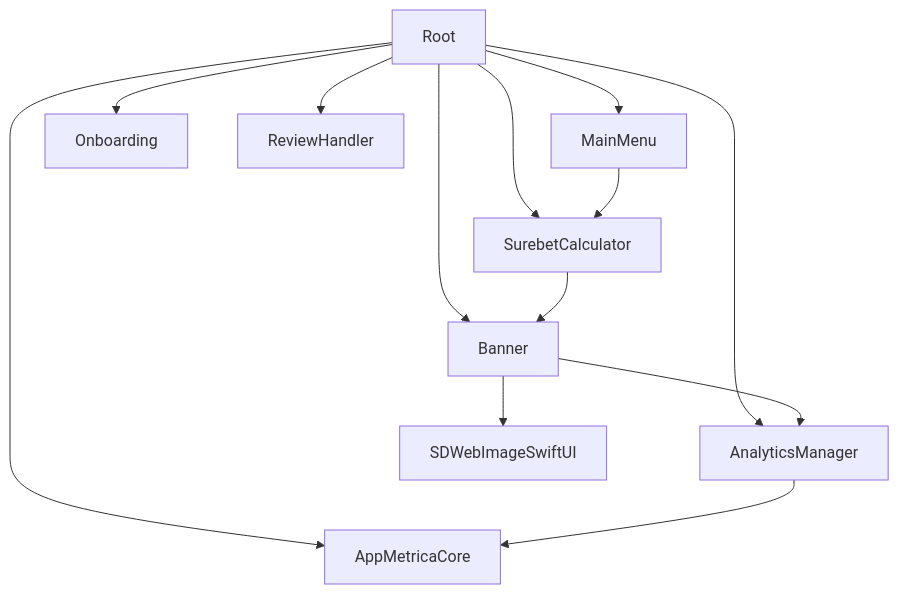
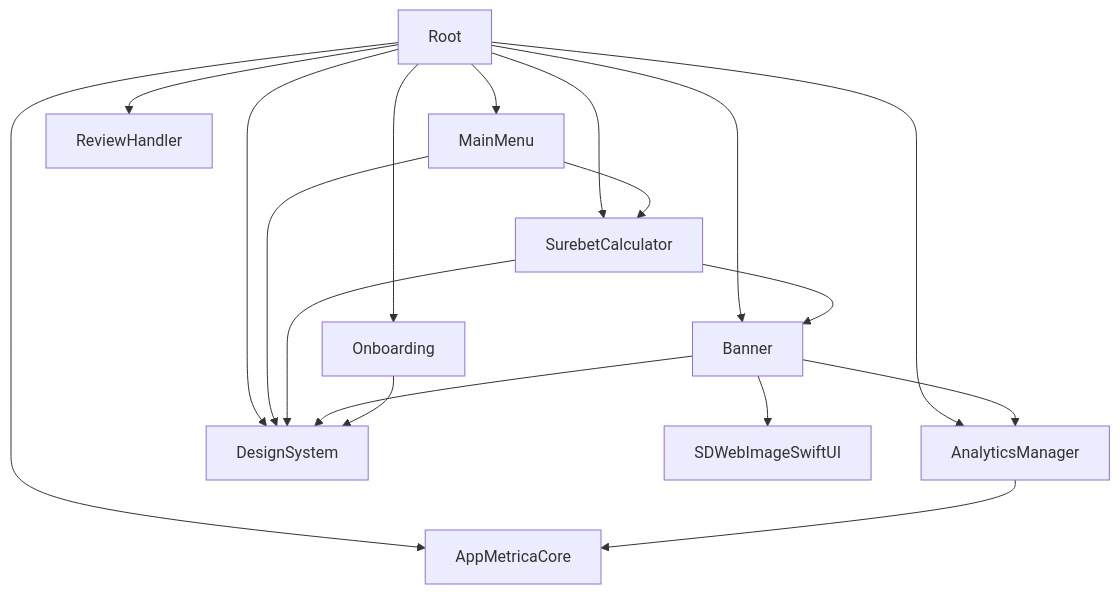
Before and after one commit to IaroslavAl/surebet-calculator-ios: the diagram in docs/architecture/MODULES.md, drawn with Mermaid. The commit also changed other lines of this file and 81 other files, not shown here.

````diff
--- a/docs/architecture/MODULES.md
+++ b/docs/architecture/MODULES.md
@@ -5,19 +5,25 @@
 ```mermaid
 graph TD
     Root --> SurebetCalculator
     Root --> Banner
     Root --> MainMenu
     Root --> Onboarding
     Root --> ReviewHandler
     Root --> AnalyticsManager
+    Root --> DesignSystem
     Root --> AppMetricaCore
 
     MainMenu --> SurebetCalculator
+    MainMenu --> DesignSystem
 
     SurebetCalculator --> Banner
+    SurebetCalculator --> DesignSystem
 
     Banner --> AnalyticsManager
     Banner --> SDWebImageSwiftUI
+    Banner --> DesignSystem
+
+    Onboarding --> DesignSystem
 
     AnalyticsManager --> AppMetricaCore
 ```
````
